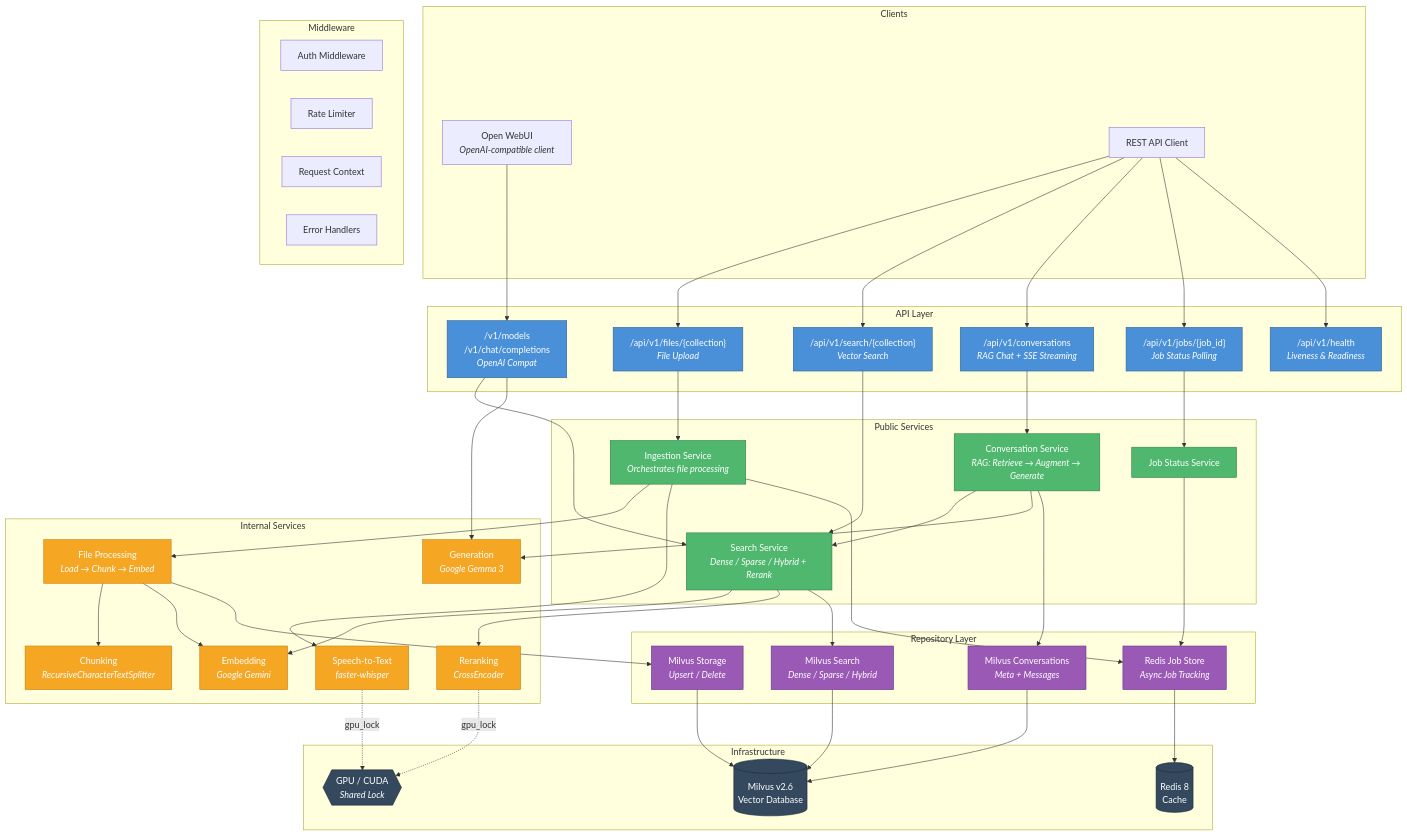
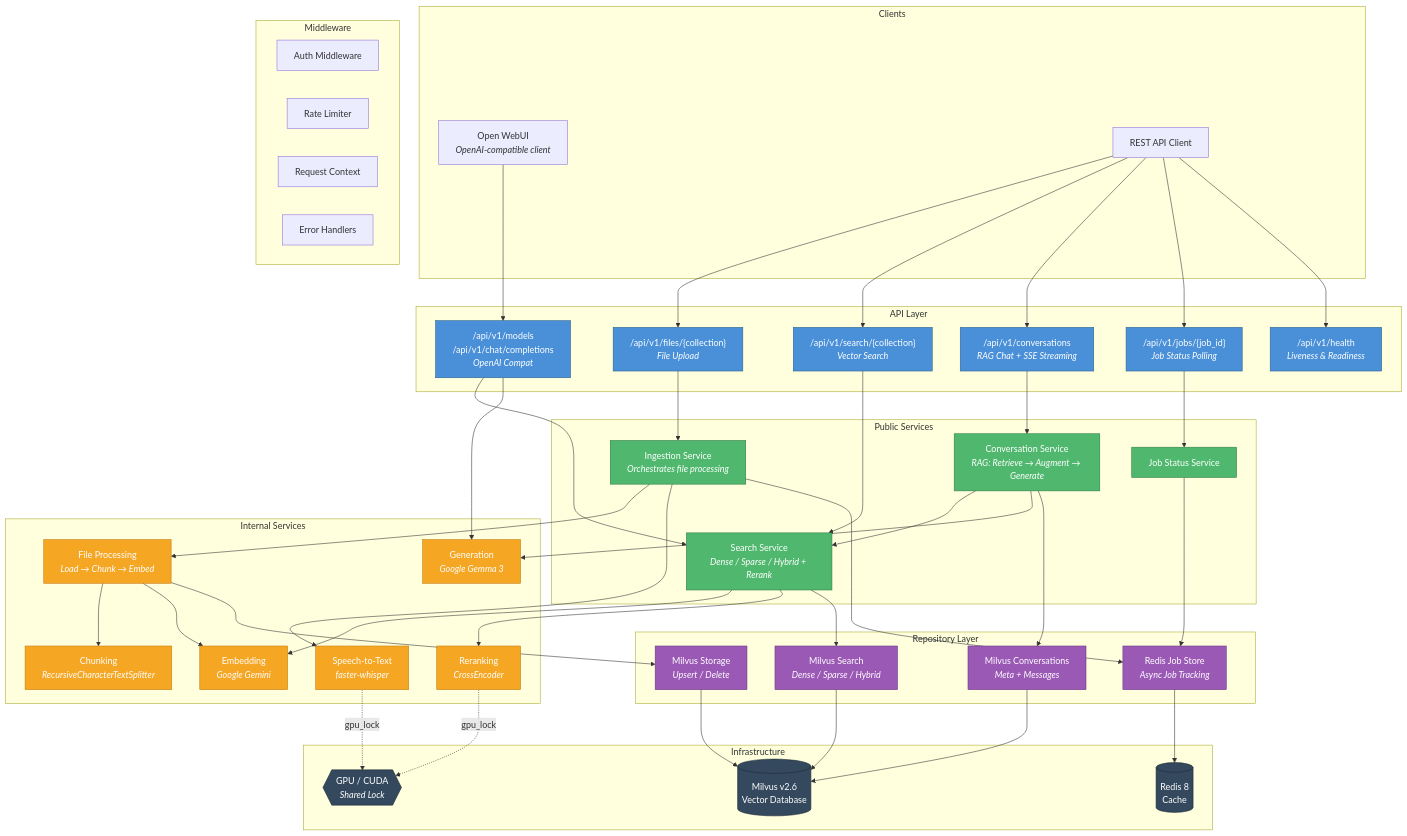
The first of 6 diagrams in README.md (weecici/audio-rag), drawn with Mermaid before and after one commit. The commit also changed other lines of this file, not shown here.

```diff
--- a/README.md
+++ b/README.md
@@ -113,7 +113,7 @@
     end
 
     subgraph API["API Layer"]
-        OAI["/v1/models<br/>/v1/chat/completions<br/><i>OpenAI Compat</i>"]
+        OAI["/api/v1/models<br/>/api/v1/chat/completions<br/><i>OpenAI Compat</i>"]
         EP_FILES["/api/v1/files/{collection}<br/><i>File Upload</i>"]
         EP_SEARCH["/api/v1/search/{collection}<br/><i>Vector Search</i>"]
         EP_CONV["/api/v1/conversations<br/><i>RAG Chat + SSE Streaming</i>"]
```
